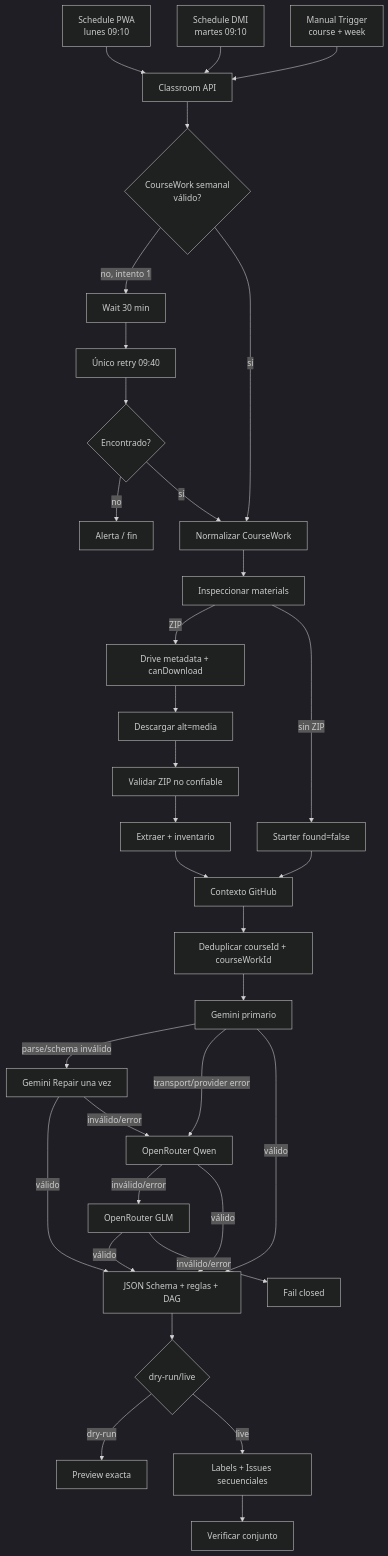
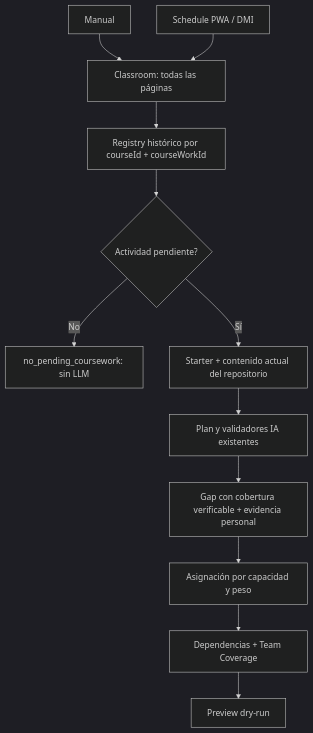
Before and after one commit to Draggodeidad/automation-classrom: the diagram in README.md, drawn with Mermaid (dark theme). The commit also changed other lines of this file and 26 other files, not shown here.

````diff
--- a/README.md
+++ b/README.md
@@ -7,36 +7,14 @@
 ```mermaid
 flowchart TD
-    SP[Schedule PWA\nlunes 09:10] --> C[Classroom API]
-    SD[Schedule DMI\nmartes 09:10] --> C
-    M[Manual Trigger\ncourse + week] --> C
-    C --> F{CourseWork semanal\nválido?}
-    F -->|no, intento 1| W[Wait 30 min]
-    W --> R[Único retry 09:40]
-    R --> F2{Encontrado?}
-    F2 -->|no| A[Alerta / fin]
-    F -->|sí| CW[Normalizar CourseWork]
-    F2 -->|sí| CW
-    CW --> MAT[Inspeccionar materials]
-    MAT -->|ZIP| DM[Drive metadata + canDownload]
-    DM --> DZ[Descargar alt=media]
-    DZ --> ZV[Validar ZIP no confiable]
-    ZV --> ZX[Extraer + inventario]
-    MAT -->|sin ZIP| SC[Starter found=false]
-    ZX --> GH[Contexto GitHub]
-    SC --> GH
-    GH --> ID[Deduplicar courseId + courseWorkId]
-    ID --> G[Gemini primario]
-    G -->|parse/schema inválido| GR[Gemini Repair una vez]
-    G -->|transport/provider error| Q[OpenRouter Qwen]
-    GR -->|válido| JS
-    GR -->|inválido/error| Q
-    Q -->|inválido/error| Z[OpenRouter GLM]
-    G -->|válido| JS[JSON Schema + reglas + DAG]
-    Q -->|válido| JS
-    Z -->|válido| JS
-    Z -->|inválido/error| FC[Fail closed]
-    JS --> DR{dry-run/live}
-    DR -->|dry-run| P[Preview exacta]
-    DR -->|live| I[Labels + Issues secuenciales]
-    I --> V[Verificar conjunto]
+    M[Manual] --> C[Classroom: todas las páginas]
+    S[Schedule PWA / DMI] --> C
+    C --> R[Registry histórico por courseId + courseWorkId]
+    R --> P{Actividad pendiente?}
+    P -->|No| N[no_pending_coursework: sin LLM]
+    P -->|Sí| G[Starter + contenido actual del repositorio]
+    G --> L[Plan y validadores IA existentes]
+    L --> E[Gap con cobertura verificable + evidencia personal]
+    E --> A[Asignación por capacidad y peso]
+    A --> V[Dependencias + Team Coverage]
+    V --> D[Preview dry-run]
 ```
````
